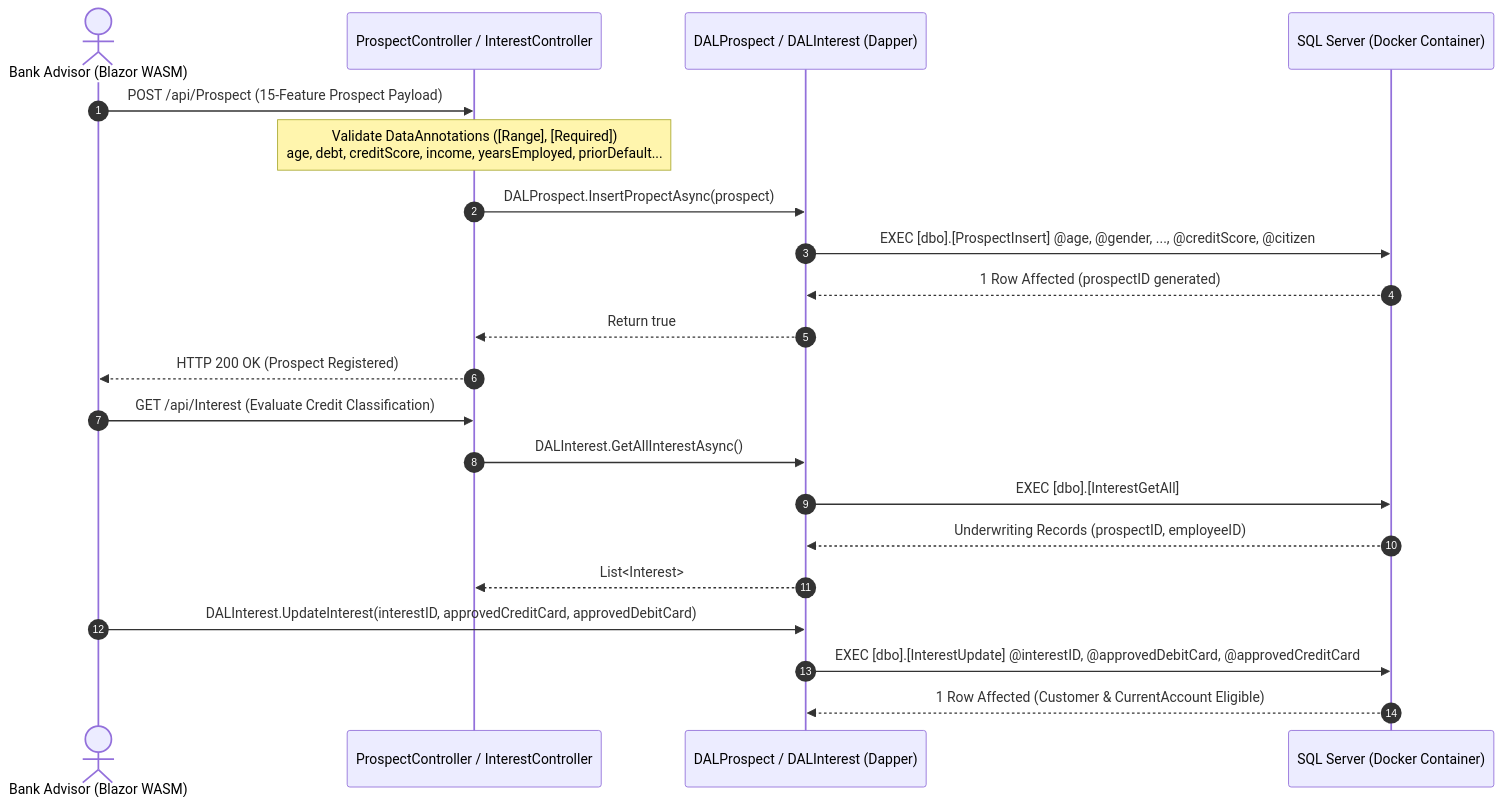
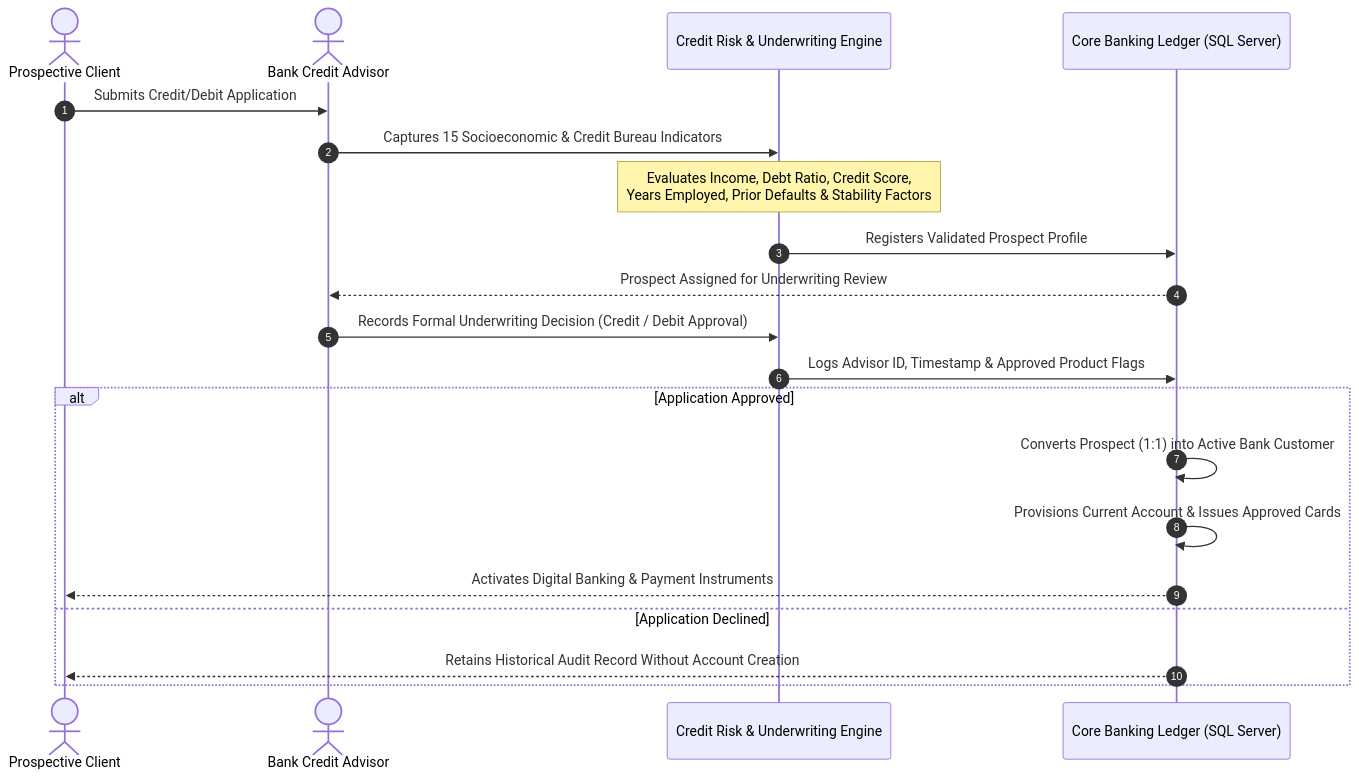
The second of 2 diagrams in pages/database/banking_application.md (Oscar-lizarraga/oscar-lizarraga.github.io), drawn with Mermaid before and after one commit. The commit also changed other lines of this file and 3 other files, not shown here.

````diff
--- a/pages/database/banking_application.md
+++ b/pages/database/banking_application.md
@@ -133,26 +183,25 @@
 ```mermaid
 sequenceDiagram
     autonumber
-    actor Advisor as Bank Advisor (Blazor WASM)
-    participant API as ProspectController / InterestController
-    participant DAL as DALProspect / DALInterest (Dapper)
-    participant SQL as SQL Server (Docker Container)
+    actor Applicant as Prospective Client
+    actor Advisor as Bank Credit Advisor
+    participant Underwriting as Credit Risk & Underwriting Engine
+    participant CoreBank as Core Banking Ledger (SQL Server)
 
-    Advisor->>API: POST /api/Prospect (15-Feature Prospect Payload)
-    Note over API: Validate DataAnnotations ([Range], [Required])<br/>age, debt, creditScore, income, yearsEmployed, priorDefault...
-    API->>DAL: DALProspect.InsertPropectAsync(prospect)
-    DAL->>SQL: EXEC [dbo].[ProspectInsert] @age, @gender, ..., @creditScore, @citizen
-    SQL-->>DAL: 1 Row Affected (prospectID generated)
-    DAL-->>API: Return true
-    API-->>Advisor: HTTP 200 OK (Prospect Registered)
+    Applicant->>Advisor: Submits Credit/Debit Application
+    Advisor->>Underwriting: Captures 15 Socioeconomic & Credit Bureau Indicators
+    Note over Underwriting: Evaluates Income, Debt Ratio, Credit Score,<br/>Years Employed, Prior Defaults & Stability Factors
+    Underwriting->>CoreBank: Registers Validated Prospect Profile
+    CoreBank-->>Advisor: Prospect Assigned for Underwriting Review
 
-    Advisor->>API: GET /api/Interest (Evaluate Credit Classification)
-    API->>DAL: DALInterest.GetAllInterestAsync()
-    DAL->>SQL: EXEC [dbo].[InterestGetAll]
-    SQL-->>DAL: Underwriting Records (prospectID, employeeID)
-    DAL-->>API: List<Interest>
+    Advisor->>Underwriting: Records Formal Underwriting Decision (Credit / Debit Approval)
+    Underwriting->>CoreBank: Logs Advisor ID, Timestamp & Approved Product Flags
 
-    Advisor->>DAL: DALInterest.UpdateInterest(interestID, approvedCreditCard, approvedDebitCard)
-    DAL->>SQL: EXEC [dbo].[InterestUpdate] @interestID, @approvedDebitCard, @approvedCreditCard
-    SQL-->>DAL: 1 Row Affected (Customer & CurrentAccount Eligible)
+    alt Application Approved
+        CoreBank->>CoreBank: Converts Prospect (1:1) into Active Bank Customer
+        CoreBank->>CoreBank: Provisions Current Account & Issues Approved Cards
+        CoreBank-->>Applicant: Activates Digital Banking & Payment Instruments
+    else Application Declined
+        CoreBank-->>Applicant: Retains Historical Audit Record Without Account Creation
+    end
 ```
````
